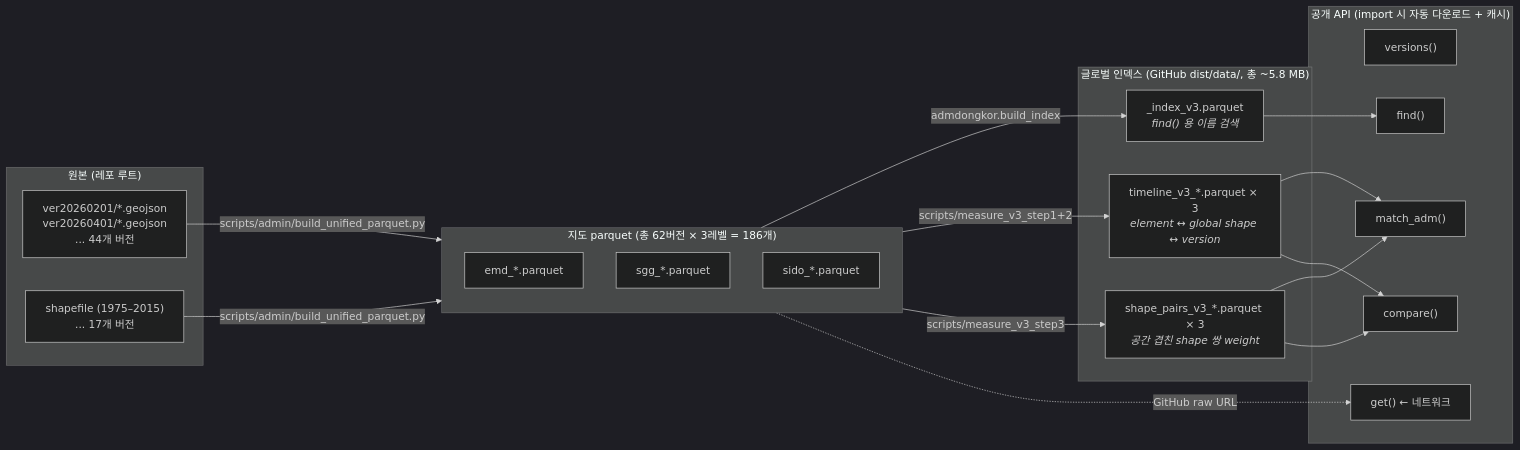
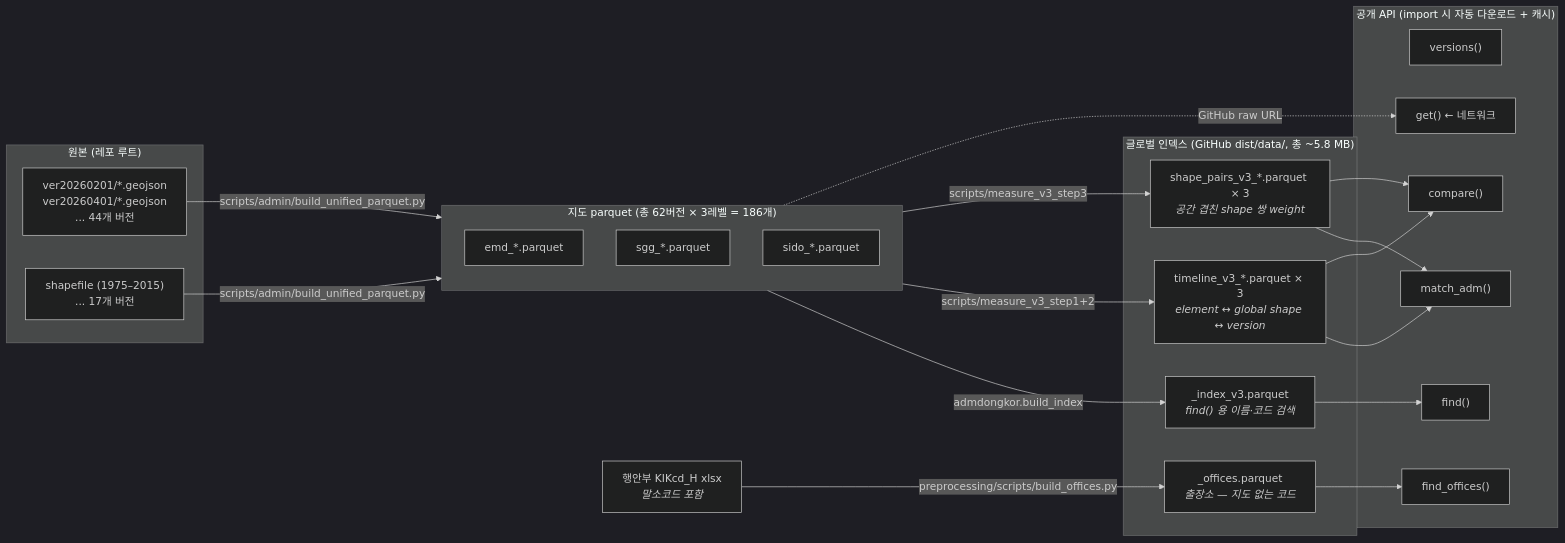
One commit to vuski/admdongkor changed the first of 5 diagrams in lib/INDEX_ARCHITECTURE.md. Above: the diagram before and after it, drawn with Mermaid (dark theme). The commit also changed other lines of this file and 21 other files, not shown here.

````diff
--- a/lib/INDEX_ARCHITECTURE.md
+++ b/lib/INDEX_ARCHITECTURE.md
@@ -10,39 +10,43 @@
 ```mermaid
 flowchart LR
     subgraph RAW["원본 (레포 루트)"]
         G["ver20260201/*.geojson<br/>ver20260401/*.geojson<br/>... 44개 버전"]
         S["shapefile (1975–2015)<br/>... 17개 버전"]
     end
 
     subgraph MAPS["지도 parquet (총 62버전 × 3레벨 = 186개)"]
         E["emd_*.parquet"]
         SG["sgg_*.parquet"]
         SI["sido_*.parquet"]
     end
 
     subgraph INDEX["글로벌 인덱스 (GitHub dist/data/, 총 ~5.8 MB)"]
-        IX["_index_v3.parquet<br/><i>find() 용 이름 검색</i>"]
+        IX["_index_v3.parquet<br/><i>find() 용 이름·코드 검색</i>"]
+        OF["_offices.parquet<br/><i>출장소 — 지도 없는 코드</i>"]
         TL["timeline_v3_*.parquet × 3<br/><i>element ↔ global shape ↔ version</i>"]
         SP["shape_pairs_v3_*.parquet × 3<br/><i>공간 겹친 shape 쌍 weight</i>"]
     end
 
     subgraph API["공개 API (import 시 자동 다운로드 + 캐시)"]
         V["versions()"]
         F["find()"]
+        FO["find_offices()"]
         GT["get() ← 네트워크"]
         M["match_adm()"]
         C["compare()"]
     end
 
     G -->|scripts/admin/build_unified_parquet.py| MAPS
     S -->|scripts/admin/build_unified_parquet.py| MAPS
     MAPS -->|admdongkor.build_index| IX
     MAPS -->|scripts/measure_v3_step1+2| TL
     MAPS -->|scripts/measure_v3_step3| SP
+    KIK["행안부 KIKcd_H xlsx<br/><i>말소코드 포함</i>"] -->|preprocessing/scripts/build_offices.py| OF
     IX --> F
+    OF --> FO
     TL --> M
     TL --> C
     SP --> M
     SP --> C
     MAPS -.GitHub raw URL.-> GT
 ```
````
